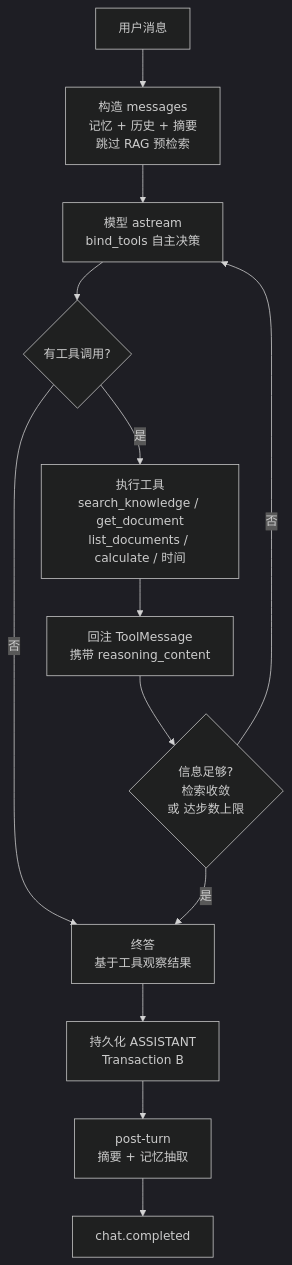
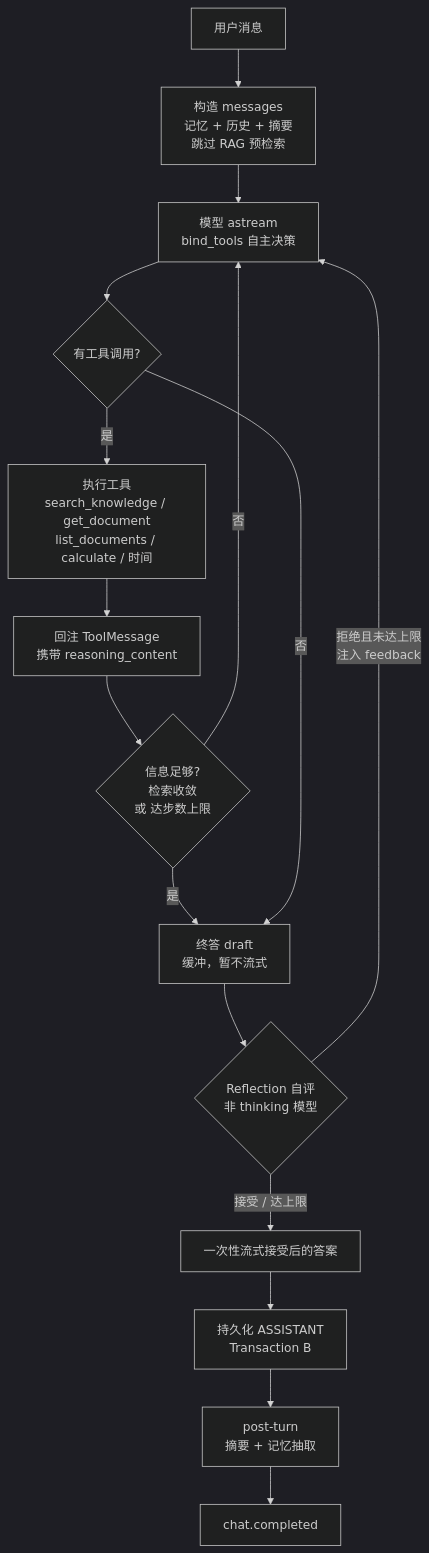
Before and after one commit to KevinDeng-0411/CodeAware: the fourth of 5 diagrams in README.zh-CN.md, drawn with Mermaid (dark theme). The commit also changed 1 other file, not shown here.

Commit message:
docs: Agent 模式流程图补 Reflection 自评分支（接受/拒绝→再生成）

````diff
--- a/README.zh-CN.md
+++ b/README.zh-CN.md
@@ -249,15 +249,18 @@
 ```mermaid
 flowchart TD
     A[用户消息] --> B[构造 messages<br/>记忆 + 历史 + 摘要<br/>跳过 RAG 预检索]
     B --> C[模型 astream<br/>bind_tools 自主决策]
     C --> D{有工具调用?}
-    D -->|否| E[终答<br/>基于工具观察结果]
     D -->|是| F[执行工具<br/>search_knowledge / get_document<br/>list_documents / calculate / 时间]
     F --> G[回注 ToolMessage<br/>携带 reasoning_content]
     G --> H{信息足够?<br/>检索收敛<br/>或 达步数上限}
     H -->|否| C
     H -->|是| E
-    E --> I[持久化 ASSISTANT<br/>Transaction B]
-    I --> J[post-turn<br/>摘要 + 记忆抽取]
-    J --> K[chat.completed]
+    D -->|否| E[终答 draft<br/>缓冲，暂不流式]
+    E --> R{Reflection 自评<br/>非 thinking 模型}
+    R -->|拒绝且未达上限<br/>注入 feedback| C
+    R -->|接受 / 达上限| I[一次性流式接受后的答案]
+    I --> J[持久化 ASSISTANT<br/>Transaction B]
+    J --> K[post-turn<br/>摘要 + 记忆抽取]
+    K --> L[chat.completed]
 ```
````
